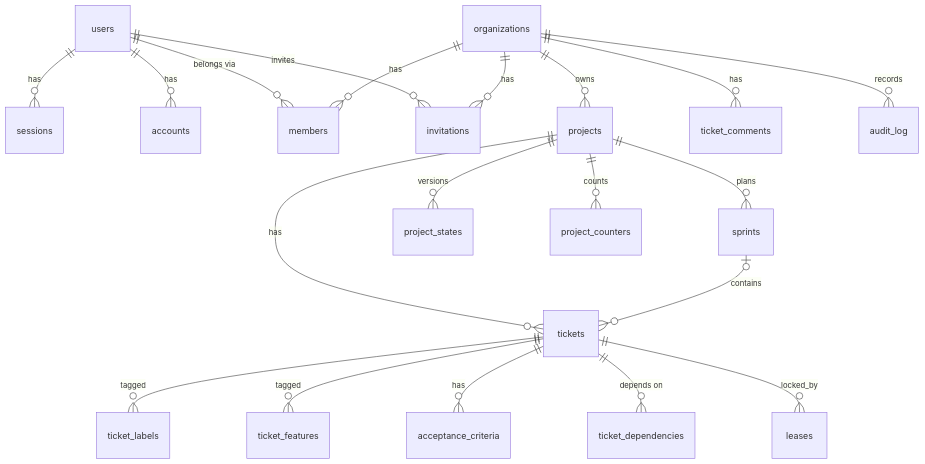
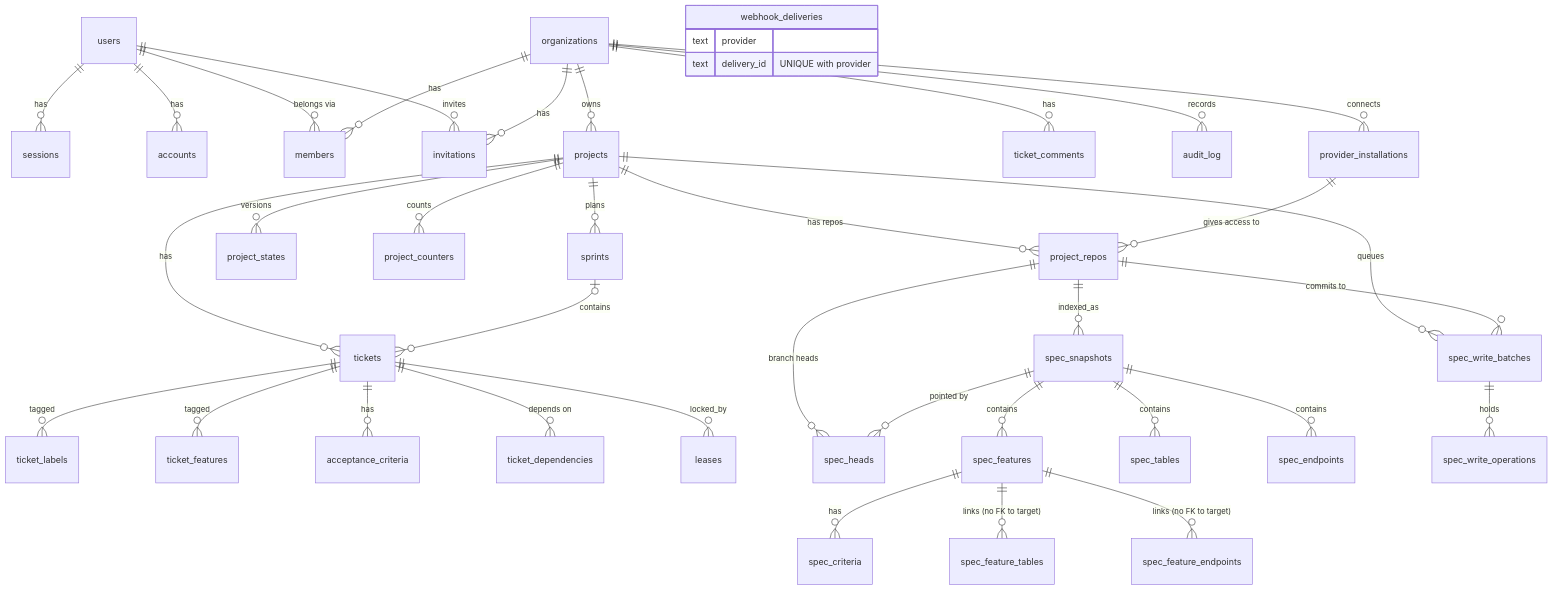
Before and after one commit to koklo-dev/koklo: the first of 4 diagrams in docs/domain-model.md, drawn with Mermaid. The commit also changed other lines of this file and 18 other files, not shown here.

Commit message:
feat(db): add the git provider, spec index, write batch and webhook delivery tables

````diff
--- a/docs/domain-model.md
+++ b/docs/domain-model.md
@@ -60,22 +60,41 @@
 ```mermaid
 erDiagram
   users ||--o{ sessions : has
   users ||--o{ accounts : has
   users ||--o{ members : "belongs via"
   users ||--o{ invitations : invites
   organizations ||--o{ members : has
   organizations ||--o{ invitations : has
   organizations ||--o{ projects : owns
   projects ||--o{ tickets : has
   projects ||--o{ sprints : plans
   projects ||--o{ project_states : versions
   projects ||--o{ project_counters : counts
   sprints |o--o{ tickets : contains
   tickets ||--o{ ticket_labels : tagged
   tickets ||--o{ ticket_features : tagged
   tickets ||--o{ acceptance_criteria : has
   tickets ||--o{ ticket_dependencies : "depends on"
   tickets ||--o{ leases : locked_by
   organizations ||--o{ ticket_comments : has
   organizations ||--o{ audit_log : records
+  organizations ||--o{ provider_installations : connects
+  projects ||--o{ project_repos : "has repos"
+  provider_installations ||--o{ project_repos : "gives access to"
+  project_repos ||--o{ spec_snapshots : indexed_as
+  project_repos ||--o{ spec_heads : "branch heads"
+  spec_snapshots ||--o{ spec_heads : "pointed by"
+  spec_snapshots ||--o{ spec_features : contains
+  spec_snapshots ||--o{ spec_tables : contains
+  spec_snapshots ||--o{ spec_endpoints : contains
+  spec_features ||--o{ spec_criteria : has
+  spec_features ||--o{ spec_feature_tables : "links (no FK to target)"
+  spec_features ||--o{ spec_feature_endpoints : "links (no FK to target)"
+  projects ||--o{ spec_write_batches : queues
+  project_repos ||--o{ spec_write_batches : "commits to"
+  spec_write_batches ||--o{ spec_write_operations : holds
+  webhook_deliveries {
+    text provider
+    text delivery_id "UNIQUE with provider"
+  }
 ```
````
